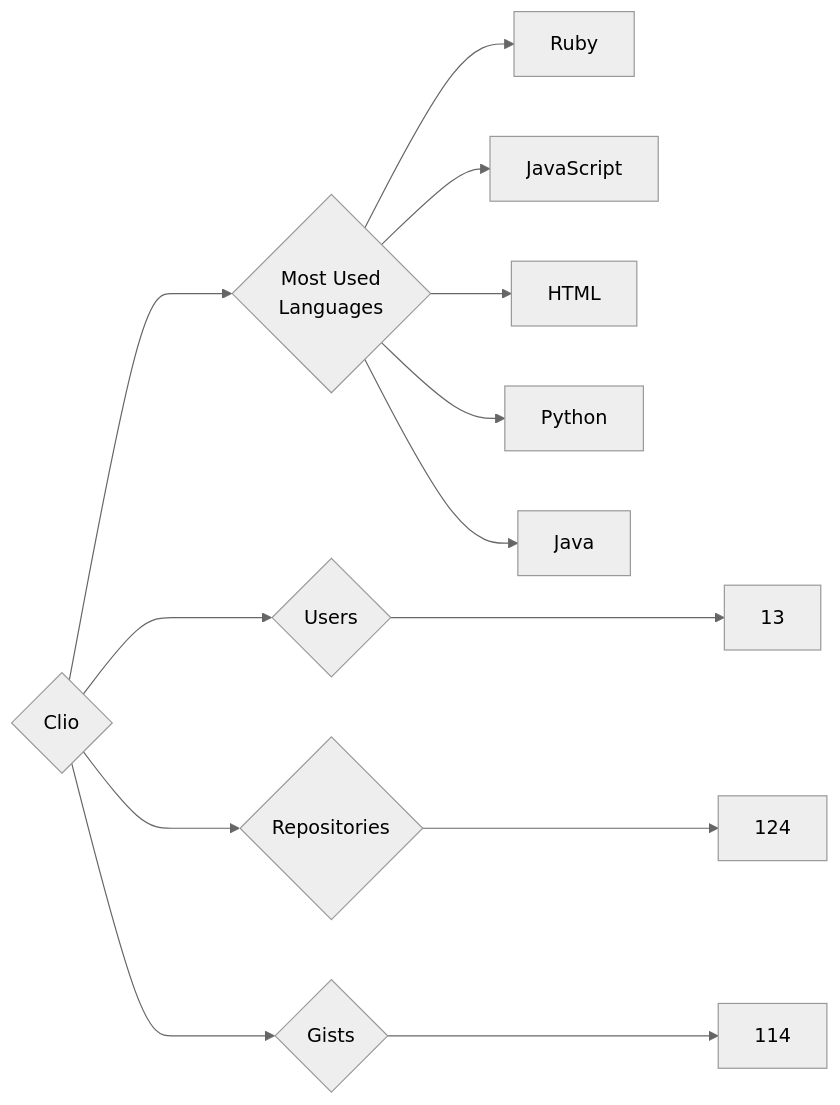
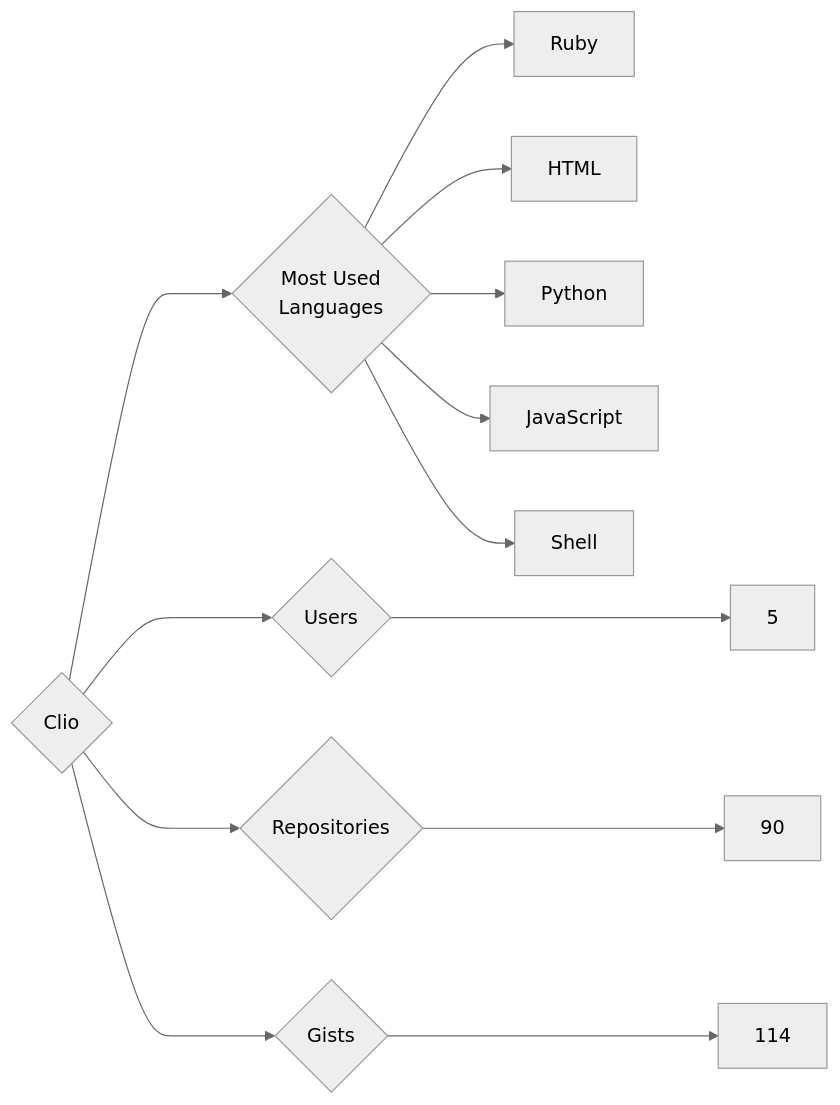
One commit to trickest/insiders changed the diagram in targets/Clio/README.md. Above: the diagram before and after it, drawn with Mermaid (neutral theme). The commit also changed 657 other files, not shown here.

````diff
--- a/targets/Clio/README.md
+++ b/targets/Clio/README.md
@@ -3,13 +3,13 @@
 ```mermaid
 graph LR
 COMPANY_NAME{Clio}
-COMPANY_NAME ---> U{Users} ---> UN[13]
-COMPANY_NAME ---> R{Repositories} ---> RN[124]
+COMPANY_NAME ---> U{Users} ---> UN[5]
+COMPANY_NAME ---> R{Repositories} ---> RN[90]
 COMPANY_NAME ---> G{Gists} ---> GN[114]
 COMPANY_NAME ---> ML{Most Used<br>Languages}
 ML --> Ruby[Ruby]
-ML --> JavaScript[JavaScript]
 ML --> HTML[HTML]
 ML --> Python[Python]
-ML --> Java[Java]
+ML --> JavaScript[JavaScript]
+ML --> Shell[Shell]
 ```
````
